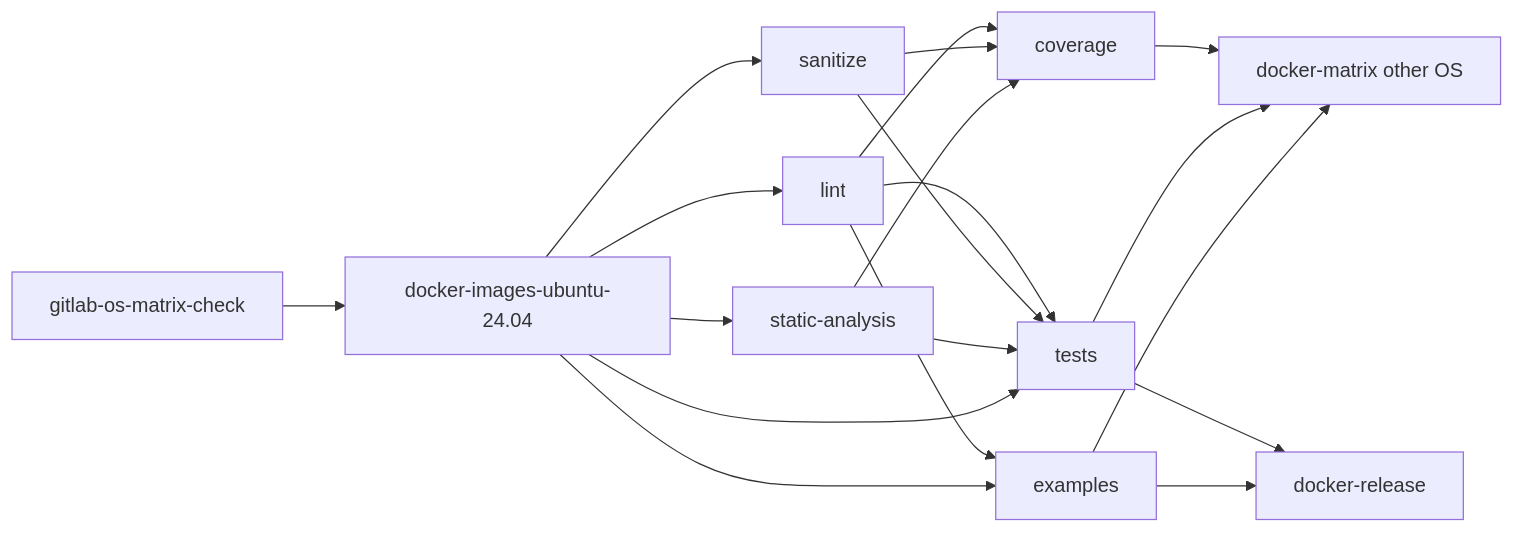
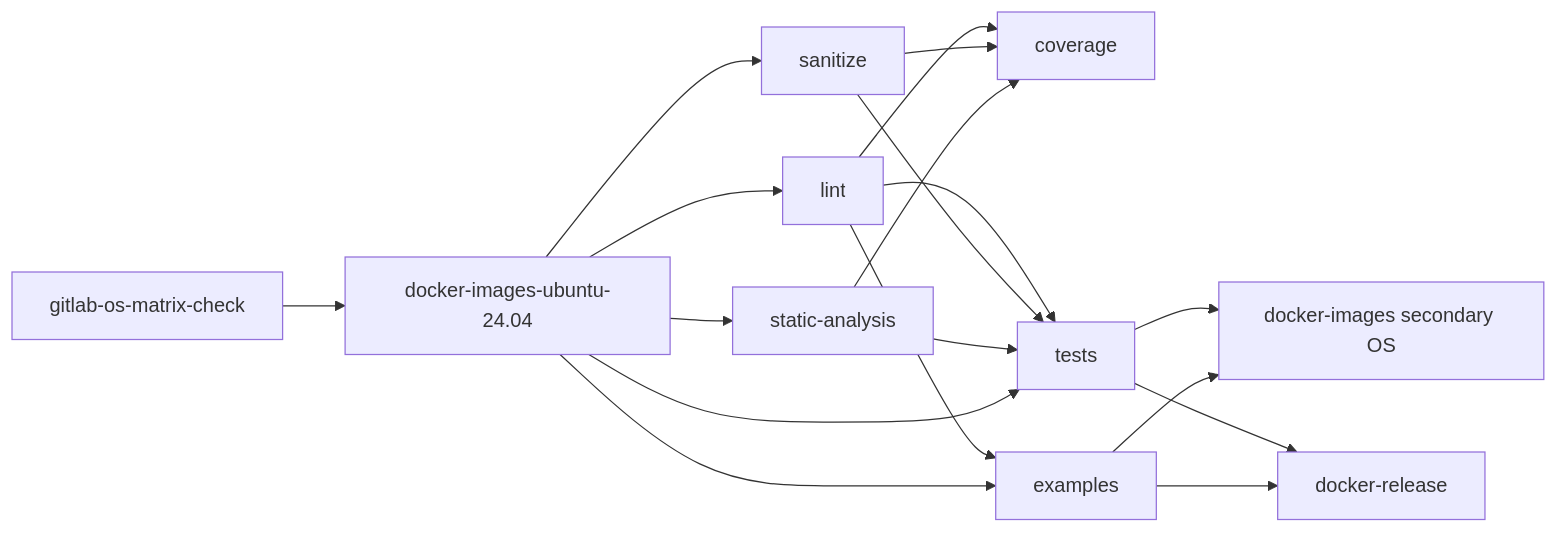
The third of 3 diagrams in docs/en/CI_PIPELINE.md (vvzunin/CircuitGen_Graph), drawn with Mermaid before and after one commit. The commit also changed other lines of this file and 8 other files, not shown here.

````diff
--- a/docs/en/CI_PIPELINE.md
+++ b/docs/en/CI_PIPELINE.md
@@ -56,32 +56,31 @@
 ```mermaid
 flowchart LR
   V[gitlab-os-matrix-check]
   D[docker-images-ubuntu-24.04]
   L[lint]
   N[sanitize]
   SA[static-analysis]
   C[coverage]
   T[tests]
   X[examples]
-  M[docker-matrix other OS]
+  M[docker-images secondary OS]
   R[docker-release]
 
   V --> D
   D --> L
   D --> N
   D --> SA
   L --> C
   N --> C
   SA --> C
   L --> T
   N --> T
   SA --> T
   D --> T
   L --> X
   D --> X
-  C --> M
   T --> M
   X --> M
   T --> R
   X --> R
 ```
````
